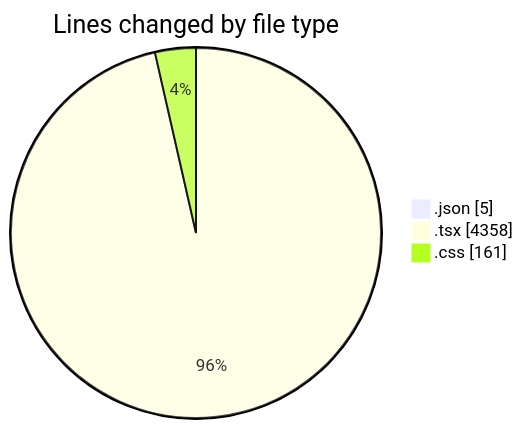
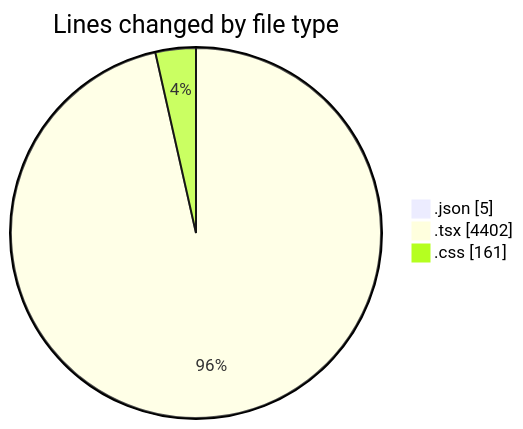
One commit to Elitesun/code-tracking changed the first of 2 diagrams in 2025-05-29/advertise/README.md. Above: the diagram before and after it, drawn with Mermaid. The commit also changed other lines of this file and 1 other file, not shown here.

````diff
--- a/2025-05-29/advertise/README.md
+++ b/2025-05-29/advertise/README.md
@@ -37,7 +37,7 @@
 ```mermaid
 pie showData
 title Lines changed by file type
 ".json" : 5
-".tsx" : 4358
+".tsx" : 4402
 ".css" : 161
 ```
````
